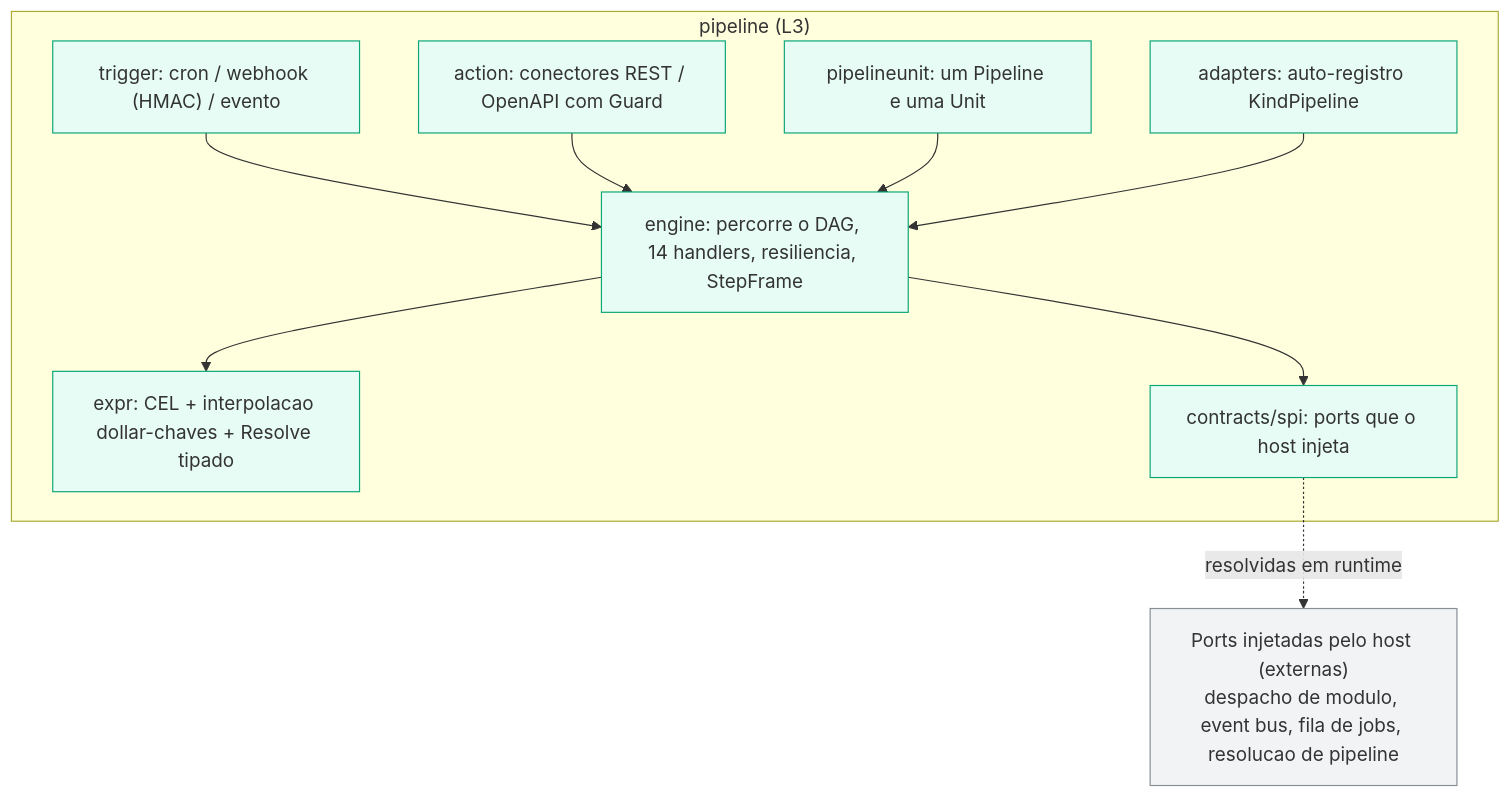
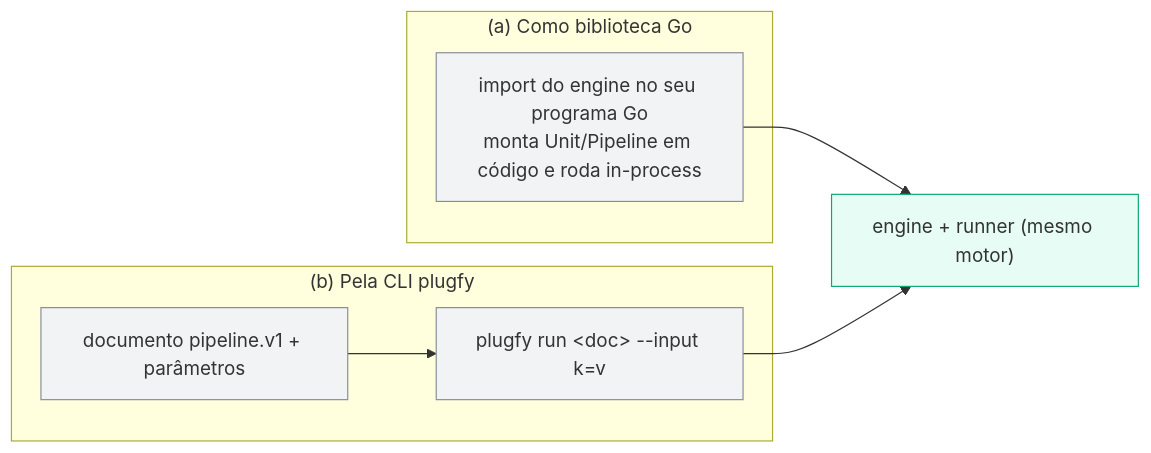
The eighth of 17 diagrams in docs/architecture/plugfy-framework-architecture.md (PlugfyOS/plugfy.framework.contracts), drawn with Mermaid before and after one commit. The commit also changed other lines of this file and 1 other file, not shown here.

First line of the commit message:
docs(architecture): rewrite framework arch doc to final state — Unit + Pipeline + Execution only

````diff
--- a/docs/architecture/plugfy-framework-architecture.md
+++ b/docs/architecture/plugfy-framework-architecture.md
@@ -417,23 +453,17 @@
 ```mermaid
-flowchart TB
-  classDef l3 fill:#e6fcf5,stroke:#0ca678;
+flowchart LR
+  classDef eng fill:#e6fcf5,stroke:#0ca678;
   classDef ext fill:#f1f3f5,stroke:#868e96;
-  subgraph pp["pipeline (L3)"]
-    ENG["engine: percorre o DAG, 14 handlers, resiliencia, StepFrame"]
-    EXP["expr: CEL + interpolacao dollar-chaves + Resolve tipado"]
-    TRG["trigger: cron / webhook (HMAC) / evento"]
-    ACT["action: conectores REST / OpenAPI com Guard"]
-    PU["pipelineunit: um Pipeline e uma Unit"]
-    SPI["contracts/spi: ports que o host injeta"]
-    ADP["adapters: auto-registro KindPipeline"]
+  subgraph m1["(a) Como biblioteca Go"]
+    GO["import do engine no seu programa Go<br/>monta Unit/Pipeline em código e roda in-process"]
   end
-  PORTS["Ports injetadas pelo host (externas)<br/>despacho de modulo, event bus, fila de jobs, resolucao de pipeline"]
-  ENG --> EXP
-  ENG --> SPI
-  SPI -.->|"resolvidas em runtime"| PORTS
-  TRG --> ENG
-  ACT --> ENG
-  PU --> ENG
-  ADP --> ENG
-  class ENG,EXP,TRG,ACT,PU,SPI,ADP l3; class PORTS ext;
+  subgraph m2["(b) Pela CLI plugfy"]
+    DOC["documento pipeline.v1 + parâmetros"]
+    RUN["plugfy run &lt;doc&gt; --input k=v"]
+    DOC --> RUN
+  end
+  ENG["engine + runner (mesmo motor)"]
+  GO --> ENG
+  RUN --> ENG
+  class GO,DOC,RUN ext; class ENG eng;
 ```
````
